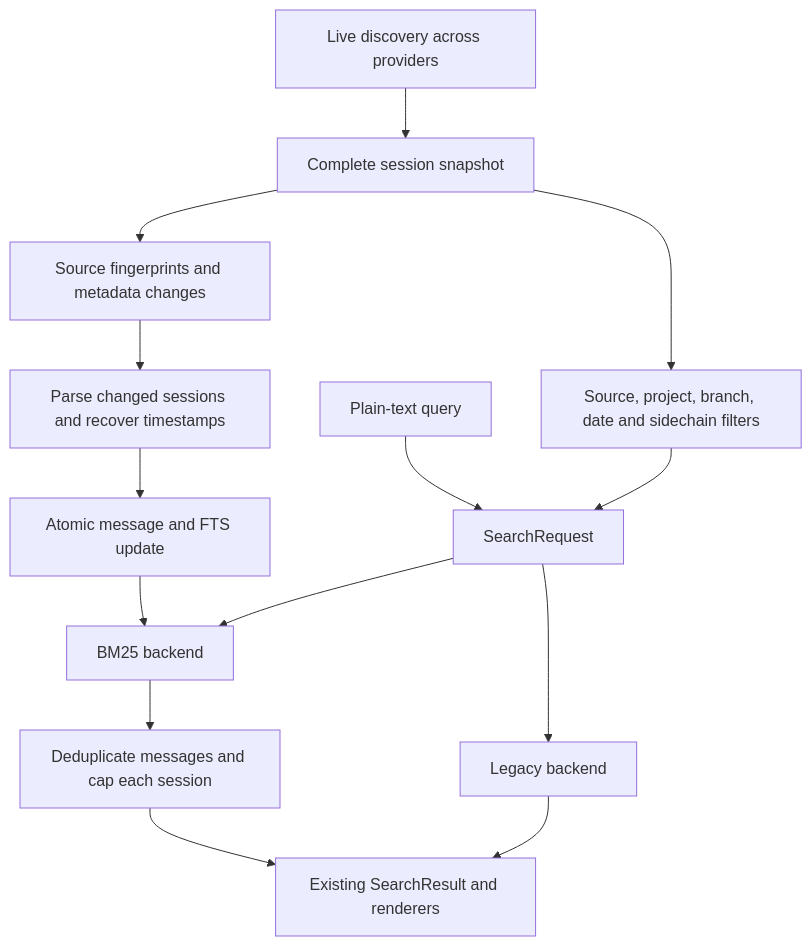
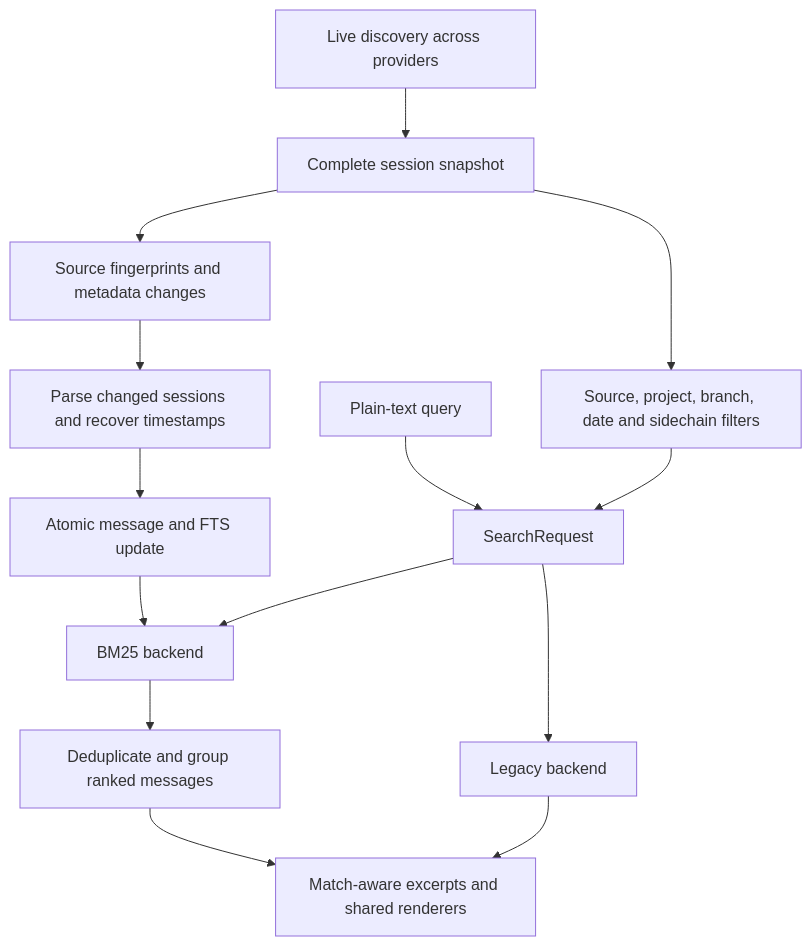
The diagram in docs/search-architecture.md (ay-bh/chat-history), drawn with Mermaid before and after one commit. The commit also changed other lines of this file and 14 other files, not shown here.

Commit message:
Improve search excerpts, conversation grouping, and Cursor freshness

````diff
--- a/docs/search-architecture.md
+++ b/docs/search-architecture.md
@@ -53,16 +53,16 @@
 ```mermaid
 flowchart TD
     A[Live discovery across providers] --> B[Complete session snapshot]
     B --> C[Source fingerprints and metadata changes]
     C --> D[Parse changed sessions and recover timestamps]
     D --> E[Atomic message and FTS update]
     B --> F[Source, project, branch, date and sidechain filters]
     Q[Plain-text query] --> G[SearchRequest]
     F --> G
     E --> H[BM25 backend]
     G --> H
     G --> L[Legacy backend]
-    H --> I[Deduplicate messages and cap each session]
-    I --> J[Existing SearchResult and renderers]
+    H --> I[Deduplicate and group ranked messages]
+    I --> J[Match-aware excerpts and shared renderers]
     L --> J
 ```
````
